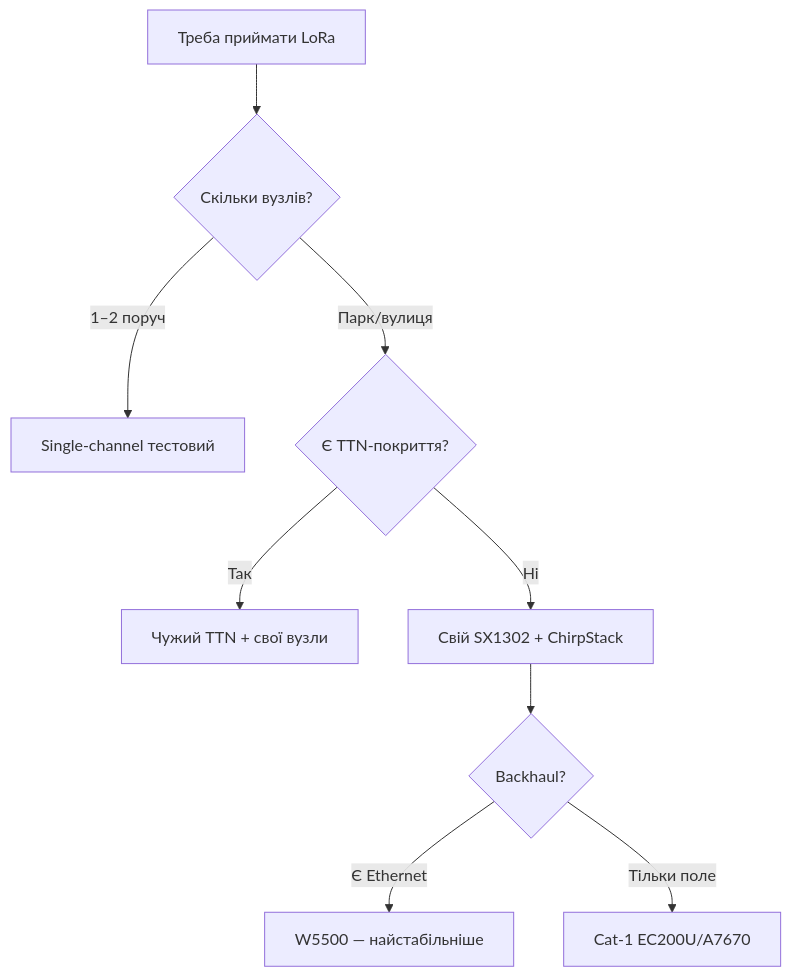
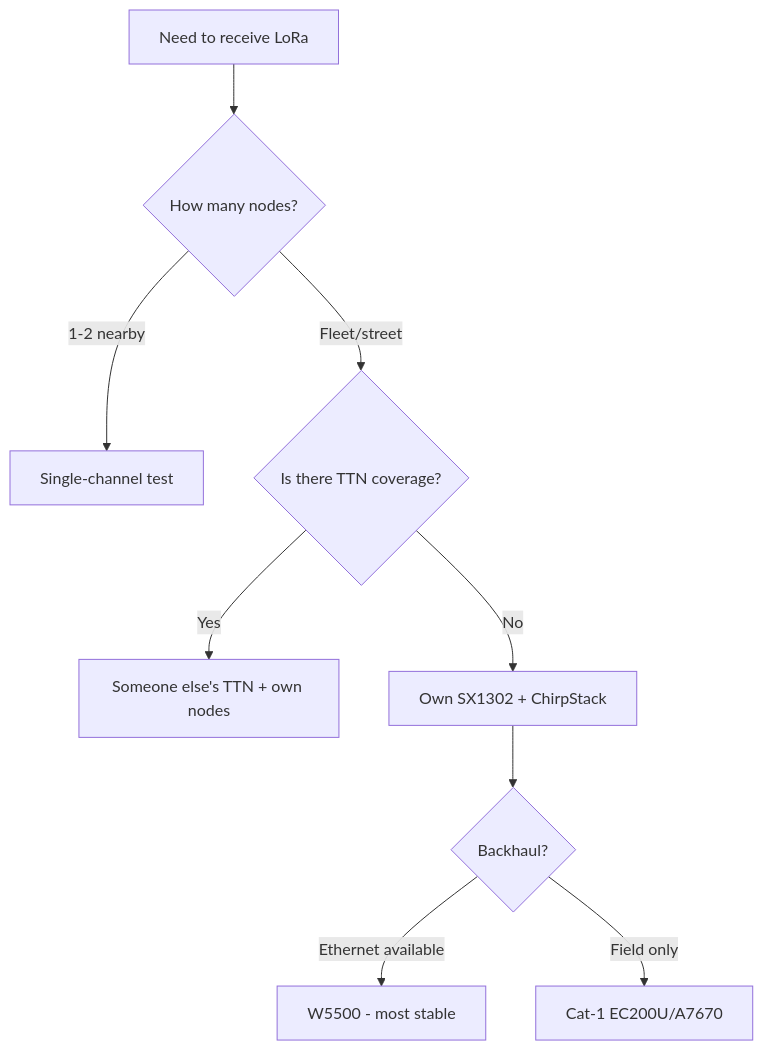
One commit to ksalab/embedded-reference changed the diagram in obsidian_vault/ESP32-Reference/EN/12-Comm-Modules/29-LoRaWAN-Gateway.en.md. Above: the diagram before and after it, drawn with Mermaid. The commit also changed other lines of this file and 76 other files, not shown here.

````diff
--- a/obsidian_vault/ESP32-Reference/EN/12-Comm-Modules/29-LoRaWAN-Gateway.en.md
+++ b/obsidian_vault/ESP32-Reference/EN/12-Comm-Modules/29-LoRaWAN-Gateway.en.md
@@ -46,11 +46,11 @@
 ```mermaid
 flowchart TB
-    Q[Треба приймати LoRa] --> N{Скільки вузлів?}
-    N -->|1–2 поруч| SINGLE[Single-channel тестовий]
-    N -->|Парк/вулиця| COV{Є TTN-покриття?}
-    COV -->|Так| TTN[Чужий TTN + свої вузли]
-    COV -->|Ні| GW8[Свій SX1302 + ChirpStack]
+    Q[Need to receive LoRa] --> N{How many nodes?}
+    N -->|1-2 nearby| SINGLE[Single-channel test]
+    N -->|Fleet/street| COV{Is there TTN coverage?}
+    COV -->|Yes| TTN[Someone else's TTN + own nodes]
+    COV -->|No| GW8[Own SX1302 + ChirpStack]
     GW8 --> BH{Backhaul?}
-    BH -->|Є Ethernet| W5500[W5500 — найстабільніше]
-    BH -->|Тільки поле| CAT1[Cat-1 EC200U/A7670]
+    BH -->|Ethernet available| W5500[W5500 - most stable]
+    BH -->|Field only| CAT1[Cat-1 EC200U/A7670]
 ```
````
